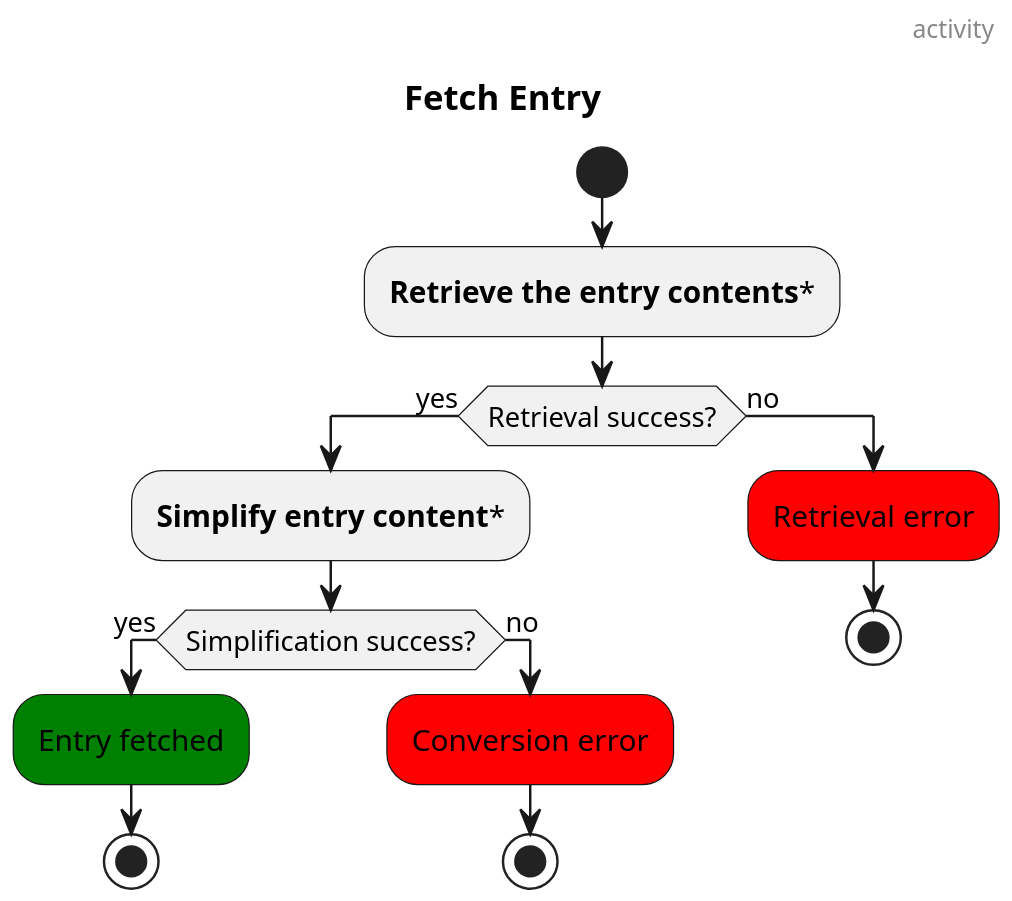
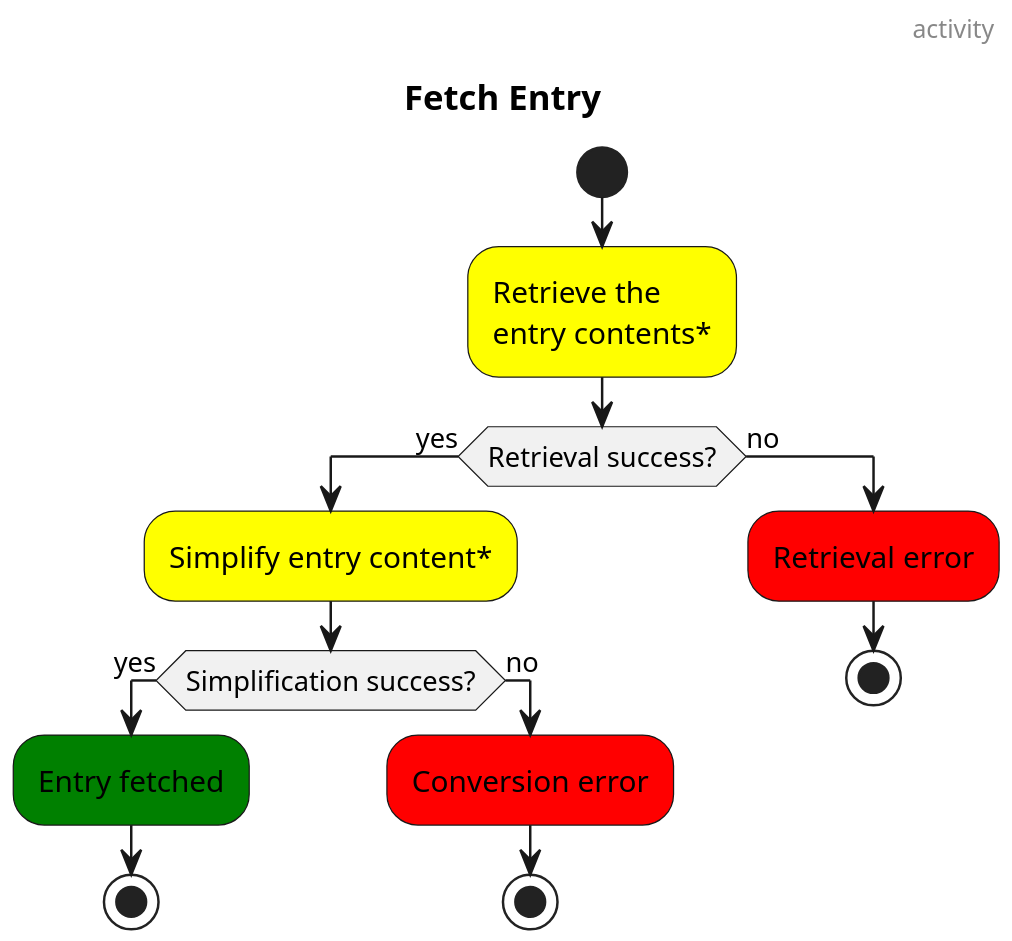
One commit to xomiachuna/wallabago changed the diagram in docs/diagrams/fetch-entry.activity.puml. Above: the diagram before and after it, drawn with PlantUML. The commit also changed 6 other files, not shown here.

Commit message:
docs: Add links between activity diagrams

```diff
--- a/docs/diagrams/fetch-entry.activity.puml
+++ b/docs/diagrams/fetch-entry.activity.puml
@@ -1,21 +1,22 @@
 @startuml fetch-entry
 skinparam dpi 200
 header activity
 title Fetch Entry
 
 start
-:**Retrieve the entry contents***;
+#yellow:Retrieve the
+entry contents*;
 if (Retrieval success?) then (yes)
-    :**Simplify entry content***;
+    #yellow:Simplify entry content*;
     if (Simplification success?) then (yes)
         #green:Entry fetched;
         stop
     else (no)
         #red:Conversion error;
         stop
     endif
 else (no)
     #red:Retrieval error;
     stop
 endif
 @enduml
```
